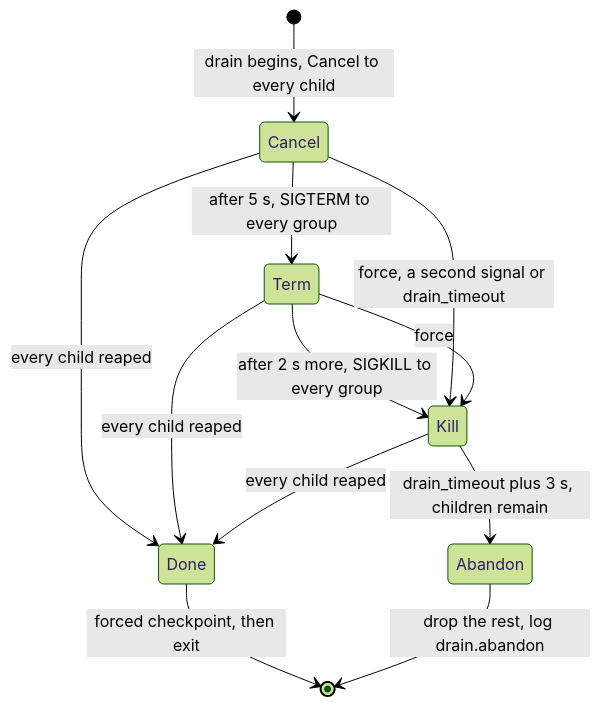
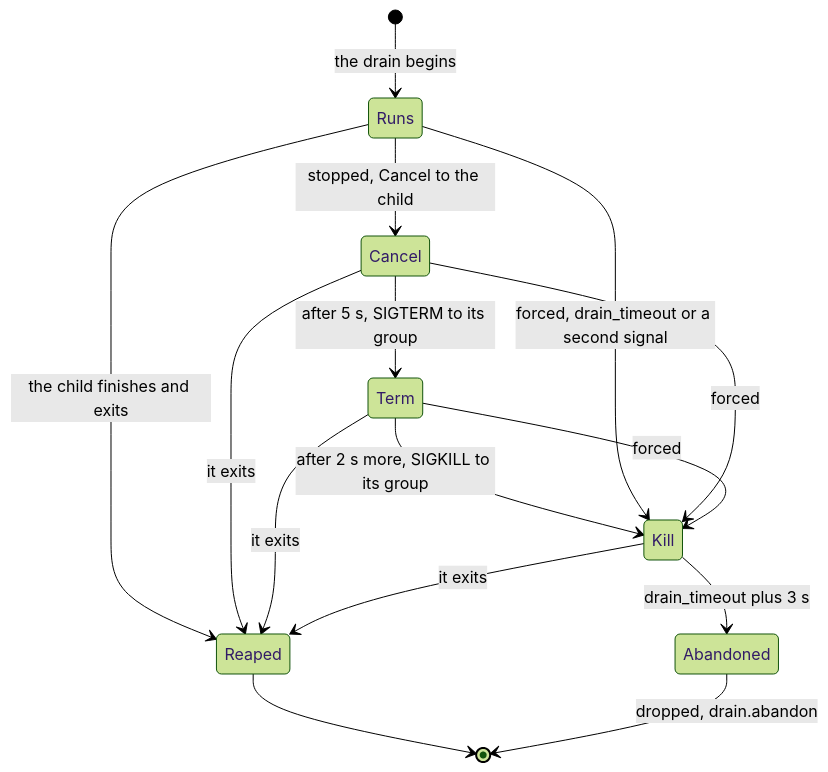
The fourth of 5 diagrams in docs/harness.md (agentd-dev/source-code), drawn with Mermaid (forest theme) before and after one commit. The commit also changed other lines of this file and 32 other files, not shown here.

````diff
--- a/docs/harness.md
+++ b/docs/harness.md
@@ -246,14 +257,17 @@
 ```mermaid
 stateDiagram-v2
-  [*] --> Cancel: drain begins, Cancel to every child
-  Cancel --> Term: after 5 s, SIGTERM to every group
-  Term --> Kill: after 2 s more, SIGKILL to every group
-  Cancel --> Kill: force, a second signal or drain_timeout
-  Term --> Kill: force
-  Cancel --> Done: every child reaped
-  Term --> Done: every child reaped
-  Kill --> Done: every child reaped
-  Kill --> Abandon: drain_timeout plus 3 s, children remain
-  Done --> [*]: forced checkpoint, then exit
-  Abandon --> [*]: drop the rest, log drain.abandon
+  [*] --> Runs: the drain begins
+  Runs --> Reaped: the child finishes and exits
+  Runs --> Cancel: stopped, Cancel to the child
+  Cancel --> Term: after 5 s, SIGTERM to its group
+  Term --> Kill: after 2 s more, SIGKILL to its group
+  Runs --> Kill: forced, drain_timeout or a second signal
+  Cancel --> Kill: forced
+  Term --> Kill: forced
+  Cancel --> Reaped: it exits
+  Term --> Reaped: it exits
+  Kill --> Reaped: it exits
+  Kill --> Abandoned: drain_timeout plus 3 s
+  Reaped --> [*]
+  Abandoned --> [*]: dropped, drain.abandon
 ```
````
